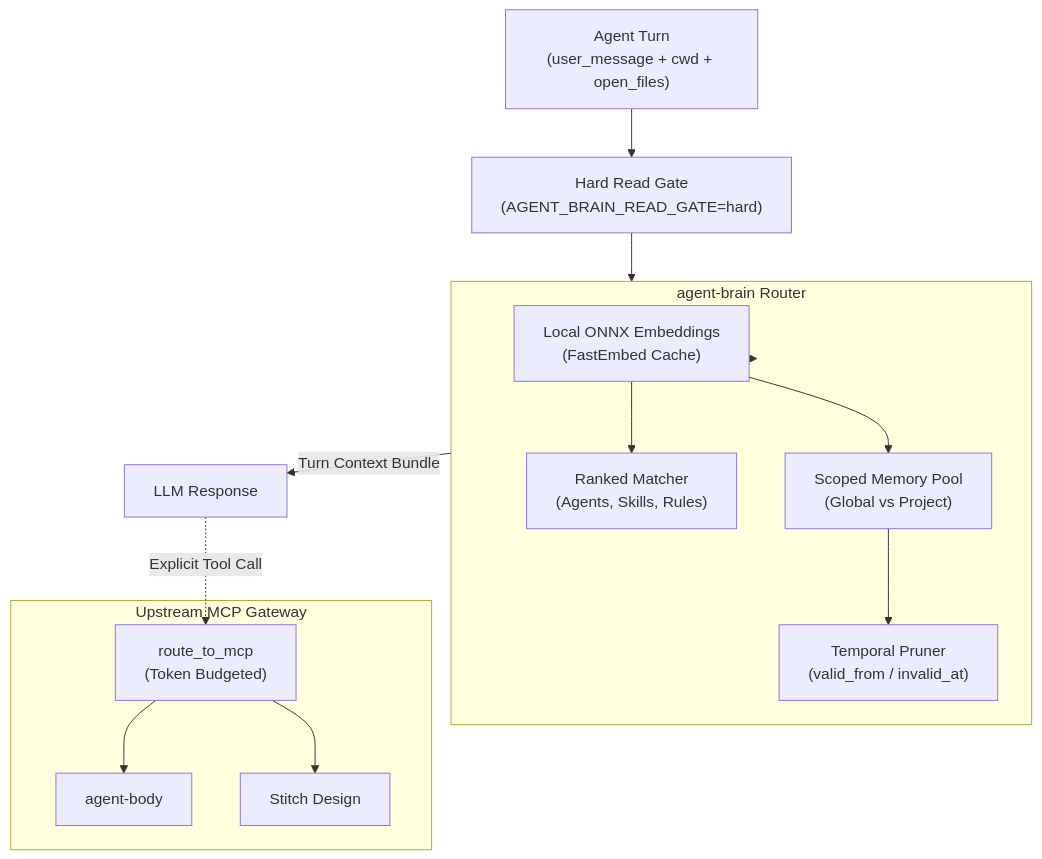
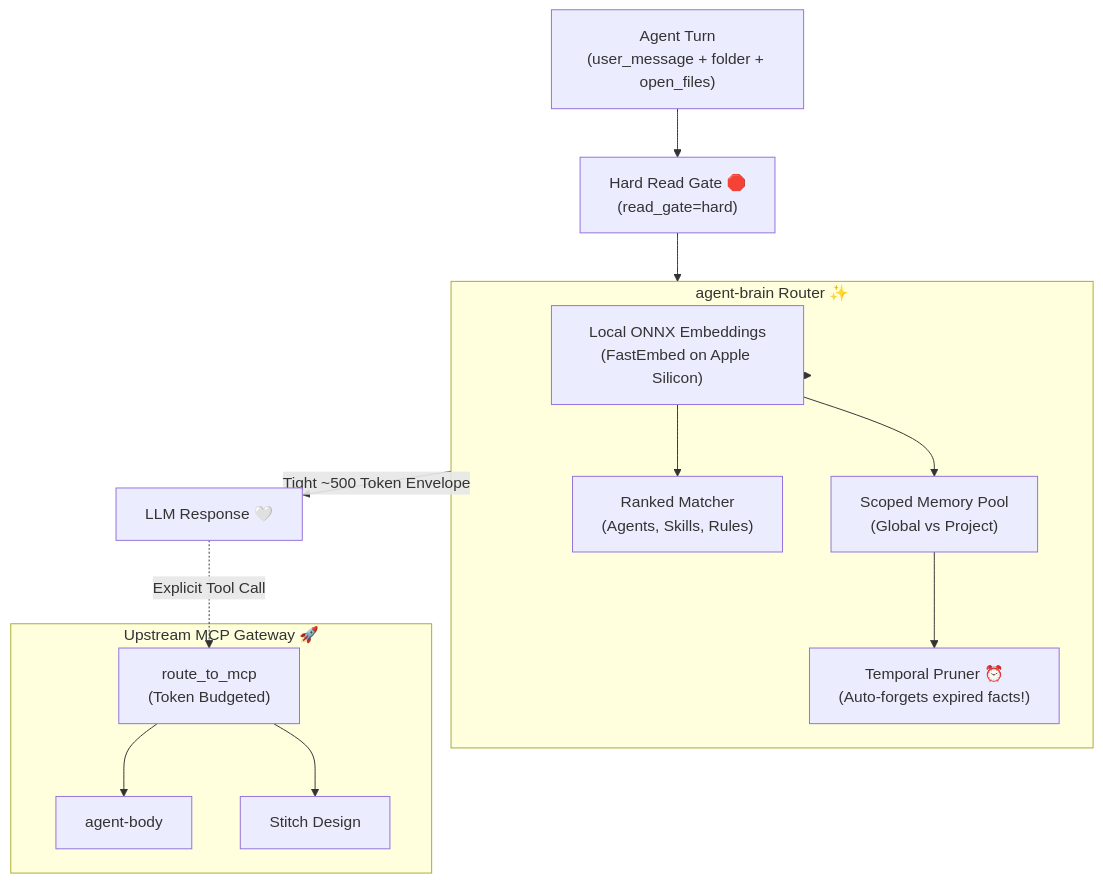
Before and after one commit to abhiudayg/abhiudayg: the diagram in src/content/blog/agent-brain-memory-scopes-and-reinforcement.md, drawn with Mermaid. The commit also changed other lines of this file and 12 other files, not shown here.

````diff
--- a/src/content/blog/agent-brain-memory-scopes-and-reinforcement.md
+++ b/src/content/blog/agent-brain-memory-scopes-and-reinforcement.md
@@ -19,29 +26,29 @@
 ```mermaid
 flowchart TB
-  turn["Agent Turn\n(user_message + cwd + open_files)"]
-  gate["Hard Read Gate\n(AGENT_BRAIN_READ_GATE=hard)"]
+  turn["Agent Turn\n(user_message + folder + open_files)"]
+  gate["Hard Read Gate 🛑\n(read_gate=hard)"]
   
-  subgraph routing["agent-brain Router"]
-    fastembed["Local ONNX Embeddings\n(FastEmbed Cache)"]
+  subgraph routing["agent-brain Router ✨"]
+    fastembed["Local ONNX Embeddings\n(FastEmbed on Apple Silicon)"]
     matcher["Ranked Matcher\n(Agents, Skills, Rules)"]
     mempool["Scoped Memory Pool\n(Global vs Project)"]
-    temporal["Temporal Pruner\n(valid_from / invalid_at)"]
+    temporal["Temporal Pruner ⏰\n(Auto-forgets expired facts!)"]
   end
 
-  subgraph upstream["Upstream MCP Gateway"]
+  subgraph upstream["Upstream MCP Gateway 🚀"]
     proxy["route_to_mcp\n(Token Budgeted)"]
     body["agent-body"]
     stitch["Stitch Design"]
   end
 
   turn --> gate
   gate --> routing
   routing --> fastembed
   fastembed --> matcher
   fastembed --> mempool
   mempool --> temporal
-  routing -->|Turn Context Bundle| model["LLM Response"]
+  routing -->|Tight ~500 Token Envelope| model["LLM Response 🤍"]
   model -.->|Explicit Tool Call| proxy
   proxy --> body
   proxy --> stitch
 ```
````
